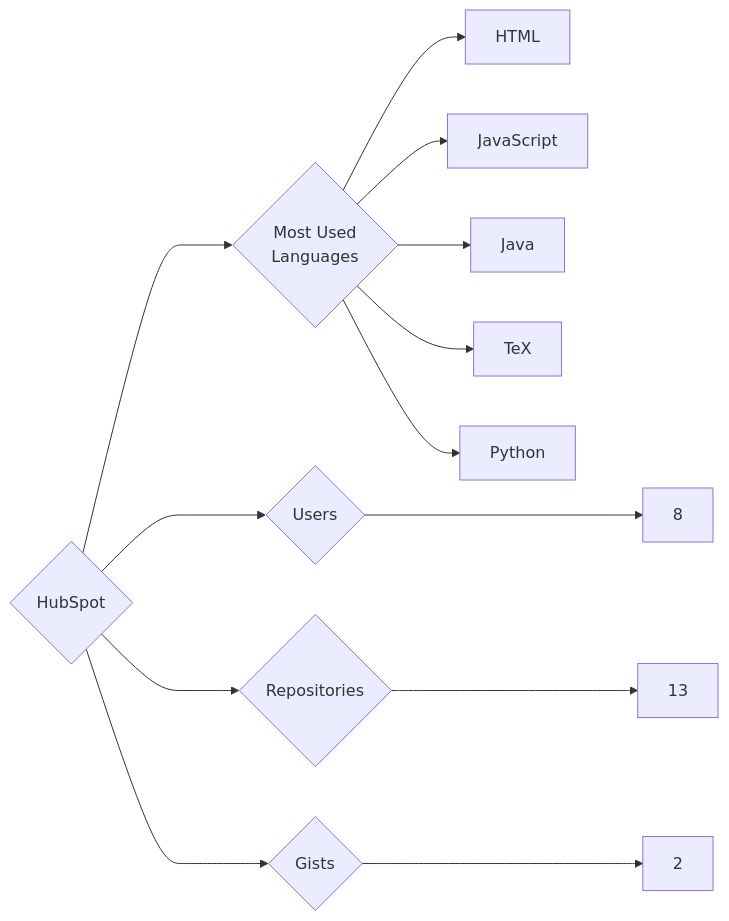
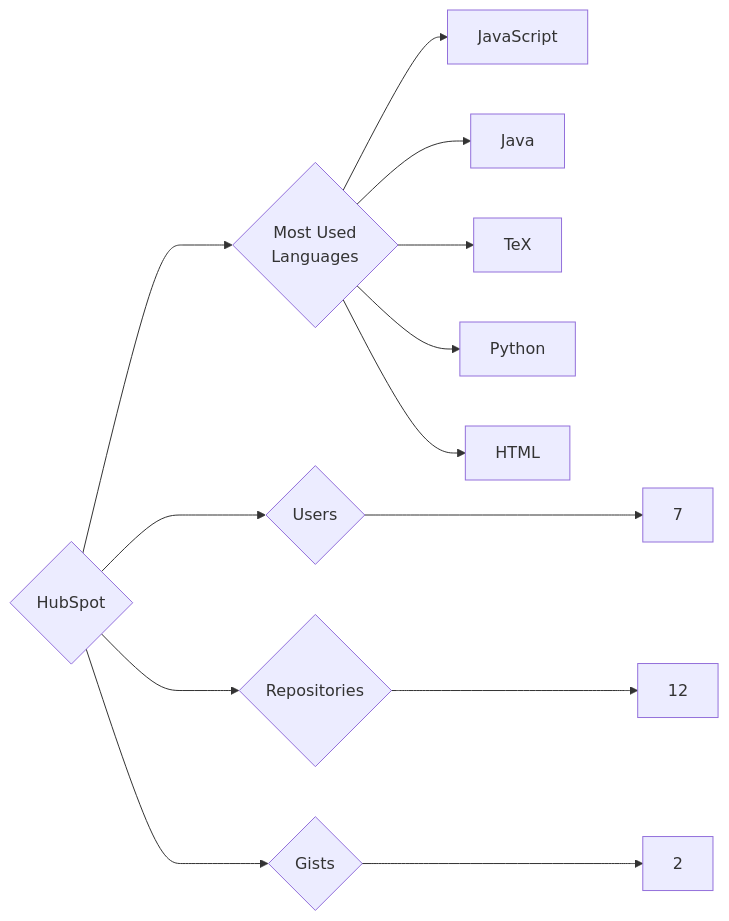
Before and after one commit to trickest/insiders: the diagram in targets/HubSpot/README.md, drawn with Mermaid. The commit also changed 559 other files, not shown here.

````diff
--- a/targets/HubSpot/README.md
+++ b/targets/HubSpot/README.md
@@ -3,13 +3,13 @@
 ```mermaid
 graph LR
 COMPANY_NAME{HubSpot}
-COMPANY_NAME ---> U{Users} ---> UN[8]
-COMPANY_NAME ---> R{Repositories} ---> RN[13]
+COMPANY_NAME ---> U{Users} ---> UN[7]
+COMPANY_NAME ---> R{Repositories} ---> RN[12]
 COMPANY_NAME ---> G{Gists} ---> GN[2]
 COMPANY_NAME ---> ML{Most Used<br>Languages}
-ML --> HTML[HTML]
 ML --> JavaScript[JavaScript]
 ML --> Java[Java]
 ML --> TeX[TeX]
 ML --> Python[Python]
+ML --> HTML[HTML]
 ```
````
